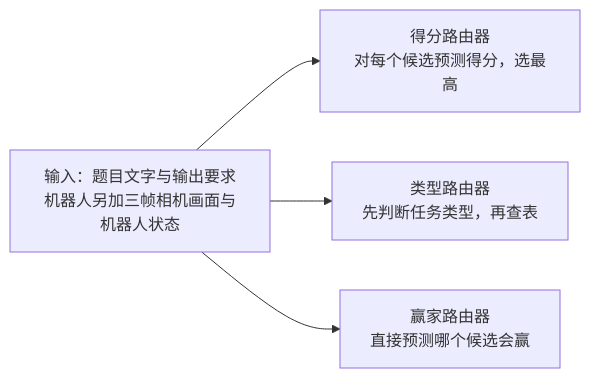
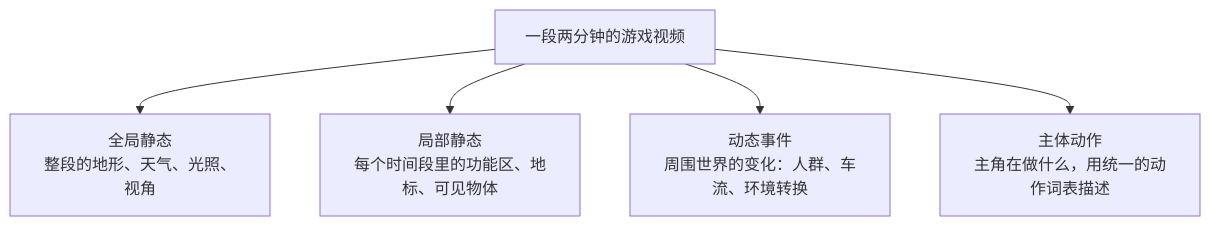
The third of 3 diagrams in docs/index.md (yingwang/paper-reads), drawn with Mermaid before and after one commit. The commit also changed other lines of this file and 2 other files, not shown here.

````diff
--- a/docs/index.md
+++ b/docs/index.md
@@ -128,6 +110,7 @@
 ```mermaid
-flowchart LR
-    X["输入：题目文字与输出要求<br/>机器人另加三帧相机画面与机器人状态"] --> R1["得分路由器<br/>对每个候选预测得分，选最高"]
-    X --> R2["类型路由器<br/>先判断任务类型，再查表"]
-    X --> R3["赢家路由器<br/>直接预测哪个候选会赢"]
+flowchart TD
+    V["一段两分钟的游戏视频"] --> G1["全局静态<br/>整段的地形、天气、光照、视角"]
+    V --> G2["局部静态<br/>每个时间段里的功能区、地标、可见物体"]
+    V --> G3["动态事件<br/>周围世界的变化：人群、车流、环境转换"]
+    V --> G4["主体动作<br/>主角在做什么，用统一的动作词表描述"]
 ```
````
